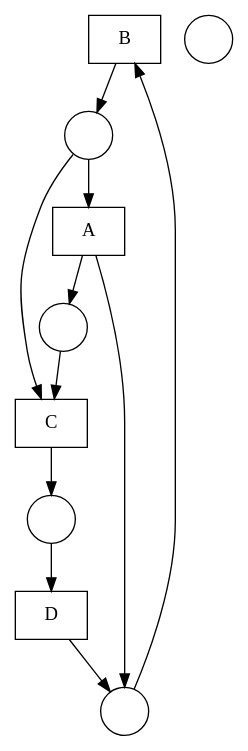
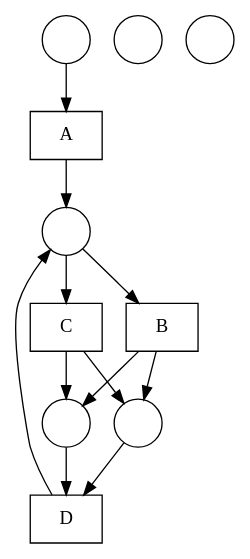
The diagram in nets/Fittest net.gv (DWitek97/GeneticMiner), drawn with Graphviz before and after one commit. The commit also changed 4 other files, not shown here.

```diff
--- a/nets/Fittest net.gv
+++ b/nets/Fittest net.gv
@@ -1,23 +1,25 @@
 digraph "Fittest net" {
 	node [shape=box]
+	A [label=A]
 	B [label=B]
+	D [label=D]
 	C [label=C]
-	A [label=A]
-	D [label=D]
 	node [shape=circle]
 	1 [label=" "]
 	2 [label=" "]
 	3 [label=" "]
 	4 [label=" "]
 	5 [label=" "]
-	4 -> B
-	B -> 1
-	3 -> C
-	1 -> C
+	6 [label=" "]
+	1 -> A
+	A -> 6
+	6 -> B
+	B -> 2
+	B -> 5
+	2 -> D
+	5 -> D
+	D -> 6
+	6 -> C
 	C -> 2
-	1 -> A
-	A -> 4
-	A -> 3
-	2 -> D
-	D -> 4
+	C -> 5
 }
```
